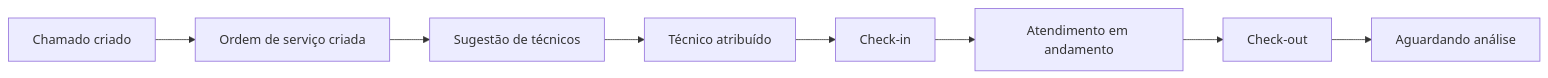
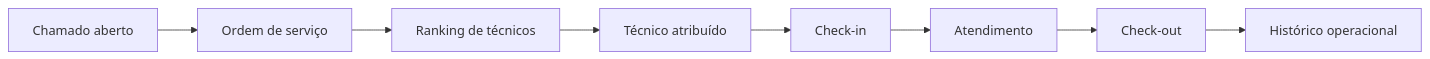
The first of 2 diagrams in README.md (gustavo-laudelino/smart-dispatch), drawn with Mermaid before and after one commit. The commit also changed other lines of this file, not shown here.

````diff
--- a/README.md
+++ b/README.md
@@ -153,10 +30,10 @@
 ```mermaid
 flowchart LR
-    A[Chamado criado] --> B[Ordem de serviço criada]
-    B --> C[Sugestão de técnicos]
+    A[Chamado aberto] --> B[Ordem de serviço]
+    B --> C[Ranking de técnicos]
     C --> D[Técnico atribuído]
     D --> E[Check-in]
-    E --> F[Atendimento em andamento]
+    E --> F[Atendimento]
     F --> G[Check-out]
-    G --> H[Aguardando análise]
+    G --> H[Histórico operacional]
 ```
````
